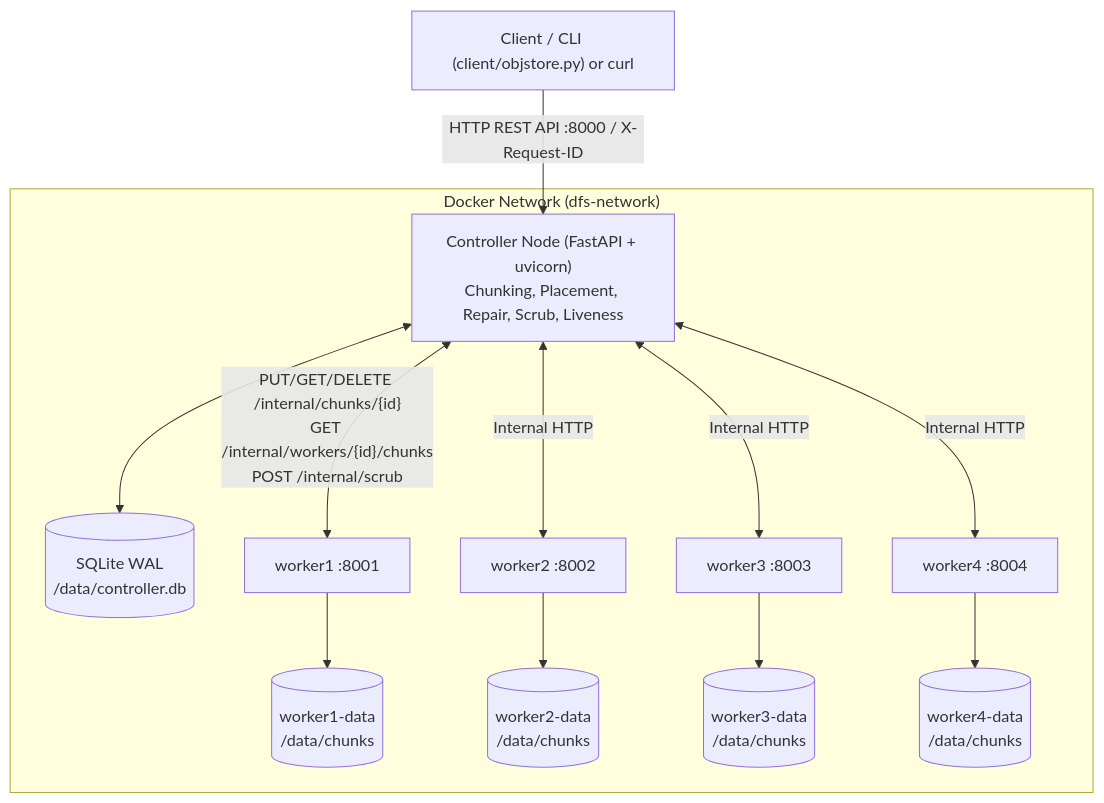
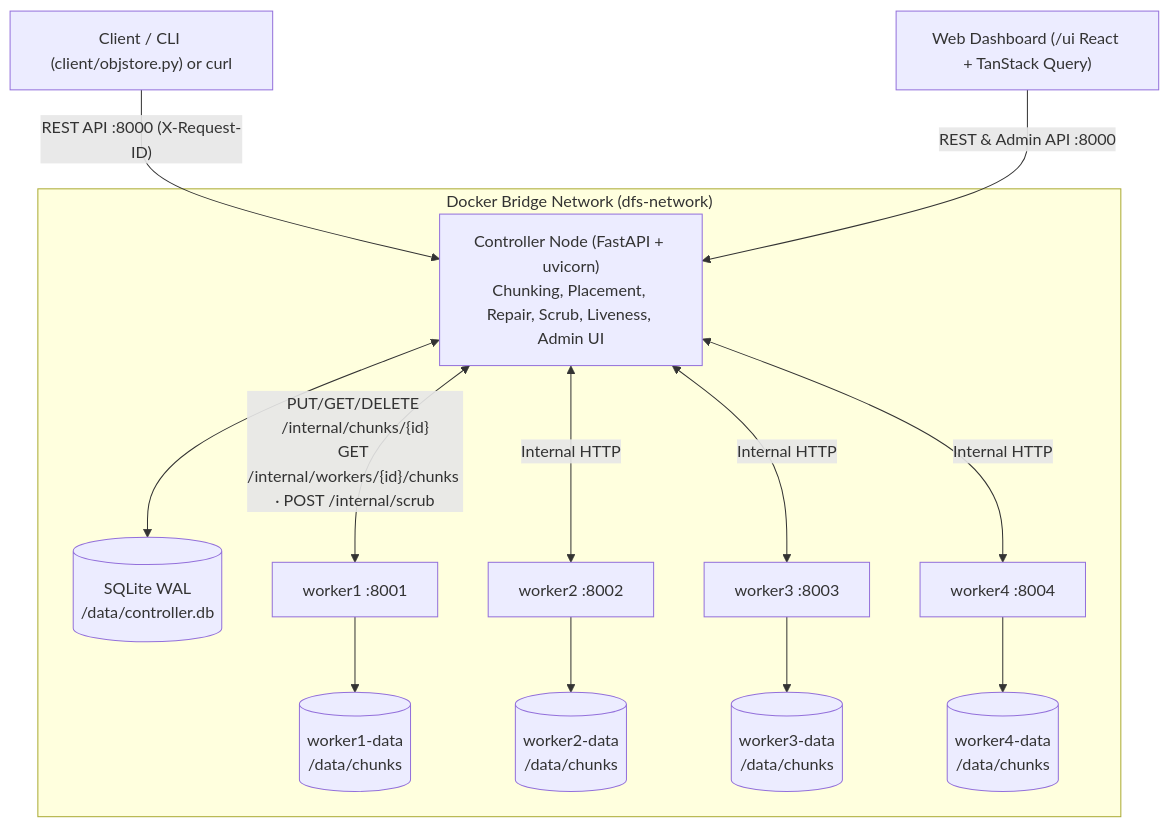
One commit to BlackLotusX09/mini_distributed_cloud_object changed the first of 4 diagrams in docs/REPORT.md. Above: the diagram before and after it, drawn with Mermaid. The commit also changed other lines of this file and 35 other files, not shown here.

````diff
--- a/docs/REPORT.md
+++ b/docs/REPORT.md
@@ -13,21 +43,23 @@
 ```mermaid
 flowchart TB
     Client["Client / CLI (client/objstore.py) or curl"]
-    Client -->|"HTTP REST API :8000 / X-Request-ID"| Controller
+    Browser["Web Dashboard (/ui React + TanStack Query)"]
+    Client -->|"REST API :8000 (X-Request-ID)"| Controller
+    Browser -->|"REST & Admin API :8000"| Controller
 
-    subgraph DockerNet["Docker Network (dfs-network)"]
-        Controller["Controller Node (FastAPI + uvicorn)\nChunking, Placement, Repair, Scrub, Liveness"]
-        DB[("SQLite WAL\n/data/controller.db")]
+    subgraph DockerNet["Docker Bridge Network (dfs-network)"]
+        Controller["Controller Node (FastAPI + uvicorn)<br/>Chunking, Placement, Repair, Scrub, Liveness, Admin UI"]
+        DB[("SQLite WAL<br/>/data/controller.db")]
         Controller <--> DB
 
-        Controller <-->|"PUT/GET/DELETE /internal/chunks/{id}\nGET /internal/workers/{id}/chunks\nPOST /internal/scrub"| W1["worker1 :8001"]
+        Controller <-->|"PUT/GET/DELETE /internal/chunks/{id}<br/>GET /internal/workers/{id}/chunks · POST /internal/scrub"| W1["worker1 :8001"]
         Controller <-->|"Internal HTTP"| W2["worker2 :8002"]
         Controller <-->|"Internal HTTP"| W3["worker3 :8003"]
         Controller <-->|"Internal HTTP"| W4["worker4 :8004"]
 
-        W1 --> V1[("worker1-data\n/data/chunks")]
-        W2 --> V2[("worker2-data\n/data/chunks")]
-        W3 --> V3[("worker3-data\n/data/chunks")]
-        W4 --> V4[("worker4-data\n/data/chunks")]
+        W1 --> V1[("worker1-data<br/>/data/chunks")]
+        W2 --> V2[("worker2-data<br/>/data/chunks")]
+        W3 --> V3[("worker3-data<br/>/data/chunks")]
+        W4 --> V4[("worker4-data<br/>/data/chunks")]
     end
 ```
````
